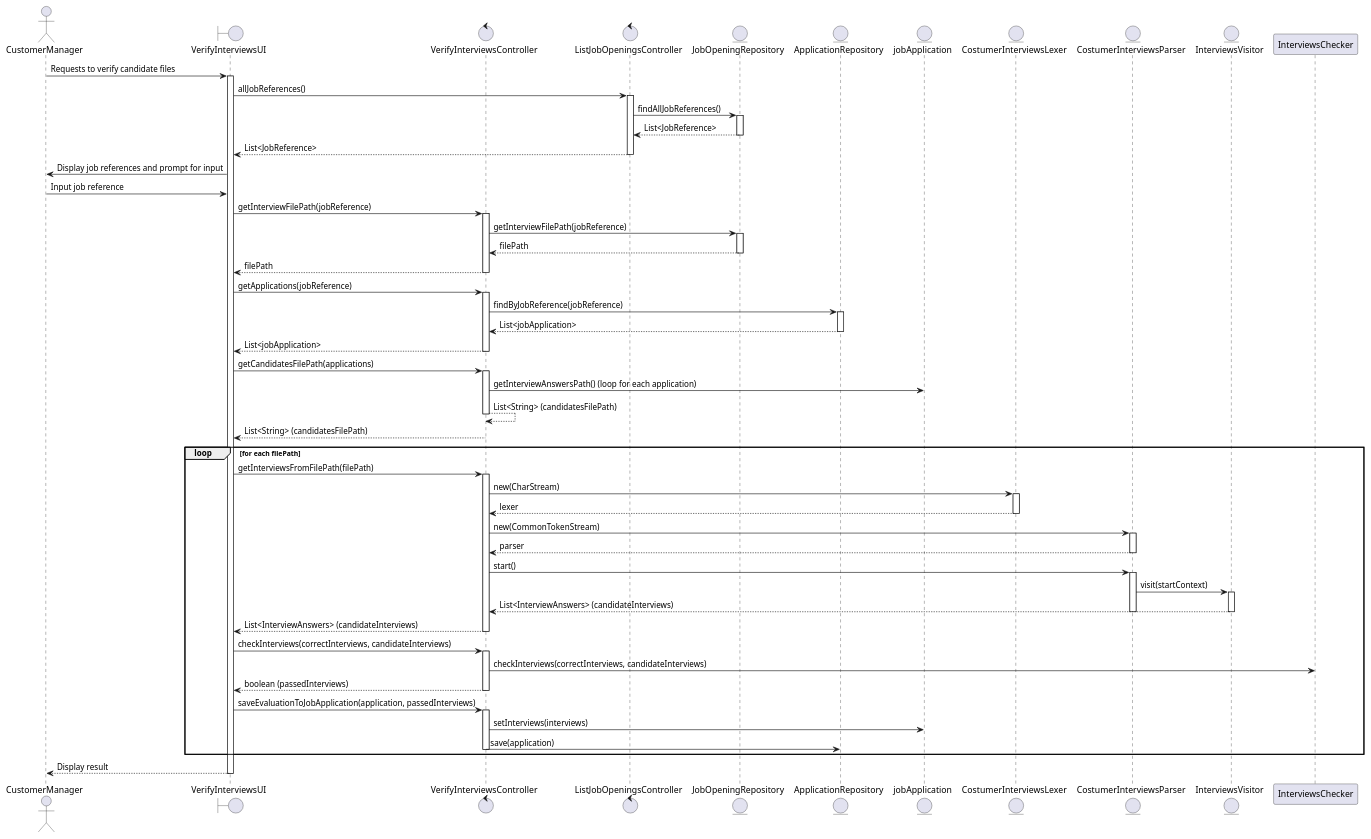
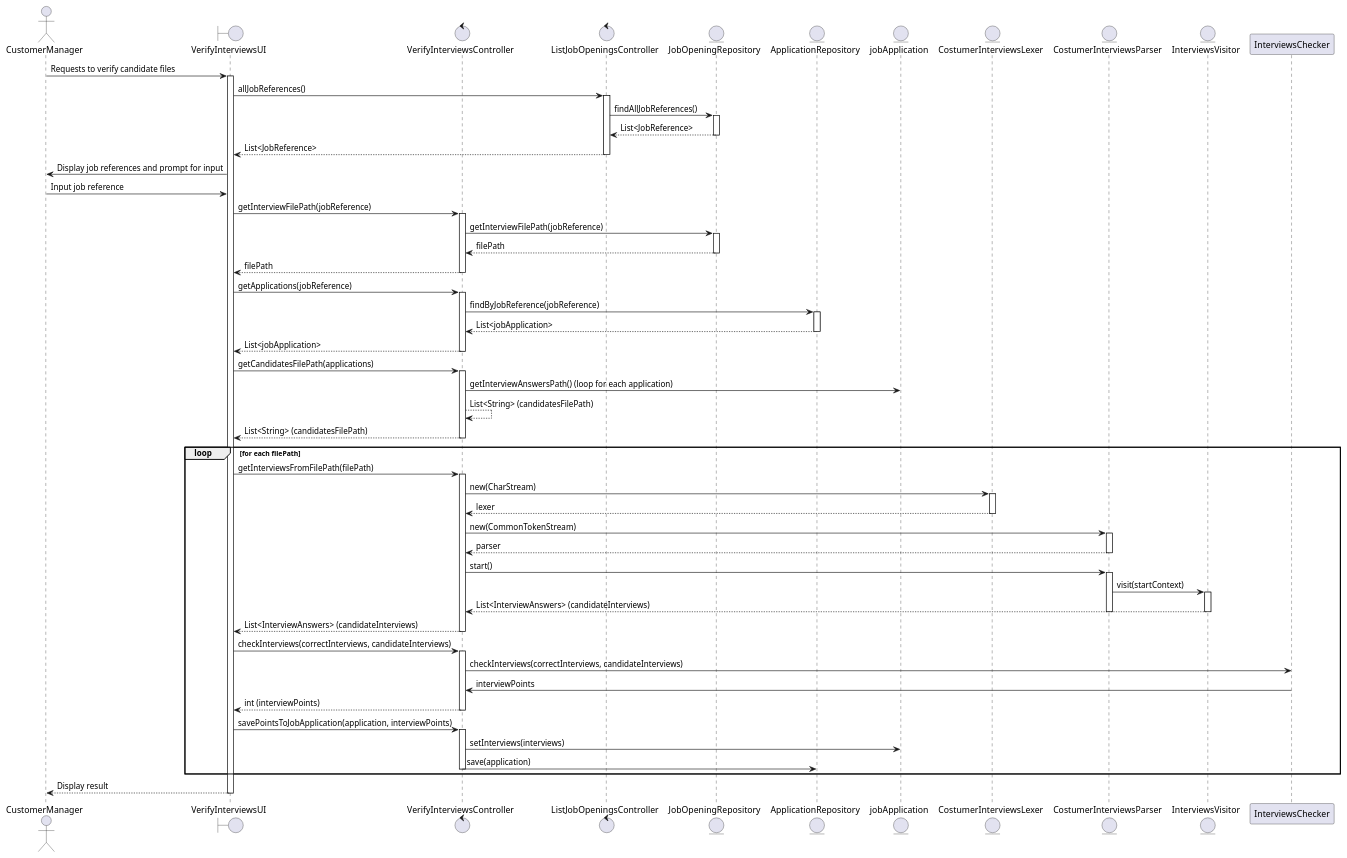
One commit to Mendoncaa/LAPR4 changed the diagram in docs/sprintC/US1018/03.design/puml/SD.puml. Above: the diagram before and after it, drawn with PlantUML. The commit also changed 3 other files, not shown here.

Commit message:
#44 Changes made to Class Diagram and Sequence Diagram

```diff
--- a/docs/sprintC/US1018/03.design/puml/SD.puml
+++ b/docs/sprintC/US1018/03.design/puml/SD.puml
@@ -1,90 +1,91 @@
 @startuml
 actor CustomerManager
 boundary VerifyInterviewsUI
 control VerifyInterviewsController
 control ListJobOpeningsController
 entity JobOpeningRepository
 entity ApplicationRepository
 entity jobApplication
 entity CostumerInterviewsLexer
 entity CostumerInterviewsParser
 entity InterviewsVisitor
 
 CustomerManager -> VerifyInterviewsUI: Requests to verify candidate files
 activate VerifyInterviewsUI
 
 VerifyInterviewsUI -> ListJobOpeningsController: allJobReferences()
 activate ListJobOpeningsController
 ListJobOpeningsController -> JobOpeningRepository: findAllJobReferences()
 activate JobOpeningRepository
 JobOpeningRepository --> ListJobOpeningsController: List<JobReference>
 deactivate JobOpeningRepository
 ListJobOpeningsController --> VerifyInterviewsUI: List<JobReference>
 deactivate ListJobOpeningsController
 
 VerifyInterviewsUI -> CustomerManager: Display job references and prompt for input
 CustomerManager -> VerifyInterviewsUI: Input job reference
 
 VerifyInterviewsUI -> VerifyInterviewsController: getInterviewFilePath(jobReference)
 activate VerifyInterviewsController
 VerifyInterviewsController -> JobOpeningRepository: getInterviewFilePath(jobReference)
 activate JobOpeningRepository
 JobOpeningRepository --> VerifyInterviewsController: filePath
 deactivate JobOpeningRepository
 VerifyInterviewsController --> VerifyInterviewsUI: filePath
 deactivate VerifyInterviewsController
 
 VerifyInterviewsUI -> VerifyInterviewsController: getApplications(jobReference)
 activate VerifyInterviewsController
 VerifyInterviewsController -> ApplicationRepository: findByJobReference(jobReference)
 activate ApplicationRepository
 ApplicationRepository --> VerifyInterviewsController: List<jobApplication>
 deactivate ApplicationRepository
 VerifyInterviewsController --> VerifyInterviewsUI: List<jobApplication>
 deactivate VerifyInterviewsController
 
 VerifyInterviewsUI -> VerifyInterviewsController: getCandidatesFilePath(applications)
 activate VerifyInterviewsController
 VerifyInterviewsController -> jobApplication: getInterviewAnswersPath() (loop for each application)
 VerifyInterviewsController --> VerifyInterviewsController: List<String> (candidatesFilePath)
+VerifyInterviewsController --> VerifyInterviewsUI: List<String> (candidatesFilePath)
 deactivate VerifyInterviewsController
-VerifyInterviewsController --> VerifyInterviewsUI: List<String> (candidatesFilePath)
 
 loop for each filePath
     VerifyInterviewsUI -> VerifyInterviewsController: getInterviewsFromFilePath(filePath)
     activate VerifyInterviewsController
     VerifyInterviewsController -> CostumerInterviewsLexer: new(CharStream)
     activate CostumerInterviewsLexer
     CostumerInterviewsLexer --> VerifyInterviewsController: lexer
     deactivate CostumerInterviewsLexer
     VerifyInterviewsController -> CostumerInterviewsParser: new(CommonTokenStream)
     activate CostumerInterviewsParser
     CostumerInterviewsParser --> VerifyInterviewsController: parser
     deactivate CostumerInterviewsParser
     VerifyInterviewsController -> CostumerInterviewsParser: start()
     activate CostumerInterviewsParser
     CostumerInterviewsParser -> InterviewsVisitor: visit(startContext)
     activate InterviewsVisitor
     InterviewsVisitor --> VerifyInterviewsController: List<InterviewAnswers> (candidateInterviews)
     deactivate InterviewsVisitor
     deactivate CostumerInterviewsParser
     VerifyInterviewsController --> VerifyInterviewsUI: List<InterviewAnswers> (candidateInterviews)
     deactivate VerifyInterviewsController
 
     VerifyInterviewsUI -> VerifyInterviewsController: checkInterviews(correctInterviews, candidateInterviews)
     activate VerifyInterviewsController
     VerifyInterviewsController -> InterviewsChecker: checkInterviews(correctInterviews, candidateInterviews)
-    VerifyInterviewsController --> VerifyInterviewsUI: boolean (passedInterviews)
+    InterviewsChecker -> VerifyInterviewsController: interviewPoints
+    VerifyInterviewsController --> VerifyInterviewsUI: int (interviewPoints)
     deactivate VerifyInterviewsController
 
-    VerifyInterviewsUI -> VerifyInterviewsController: saveEvaluationToJobApplication(application, passedInterviews)
+    VerifyInterviewsUI -> VerifyInterviewsController: savePointsToJobApplication(application, interviewPoints)
     activate VerifyInterviewsController
     VerifyInterviewsController -> jobApplication: setInterviews(interviews)
     VerifyInterviewsController -> ApplicationRepository: save(application)
     deactivate VerifyInterviewsController
 end
 
 VerifyInterviewsUI --> CustomerManager: Display result
 deactivate VerifyInterviewsUI
 
 @enduml
```
